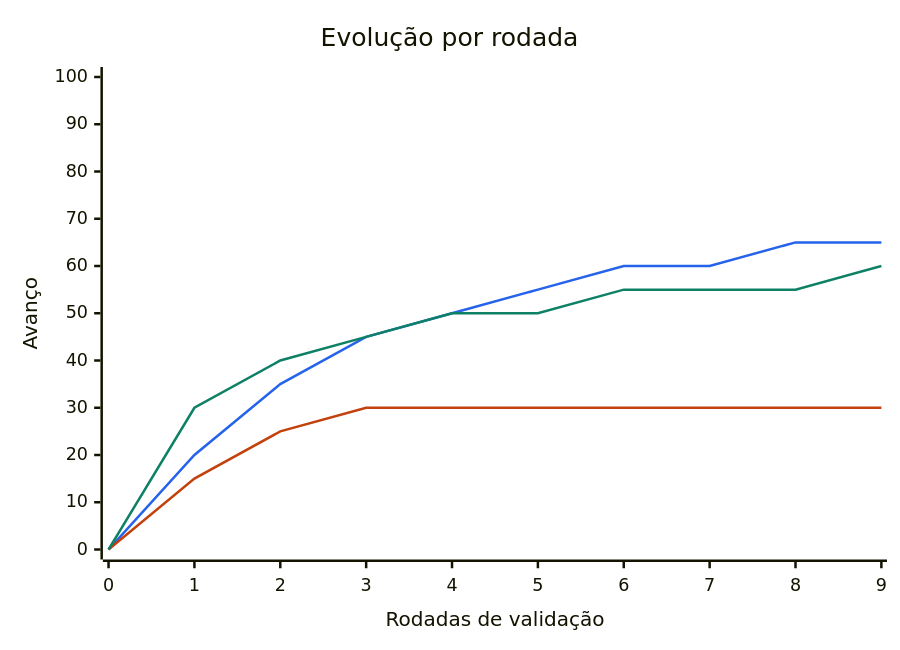
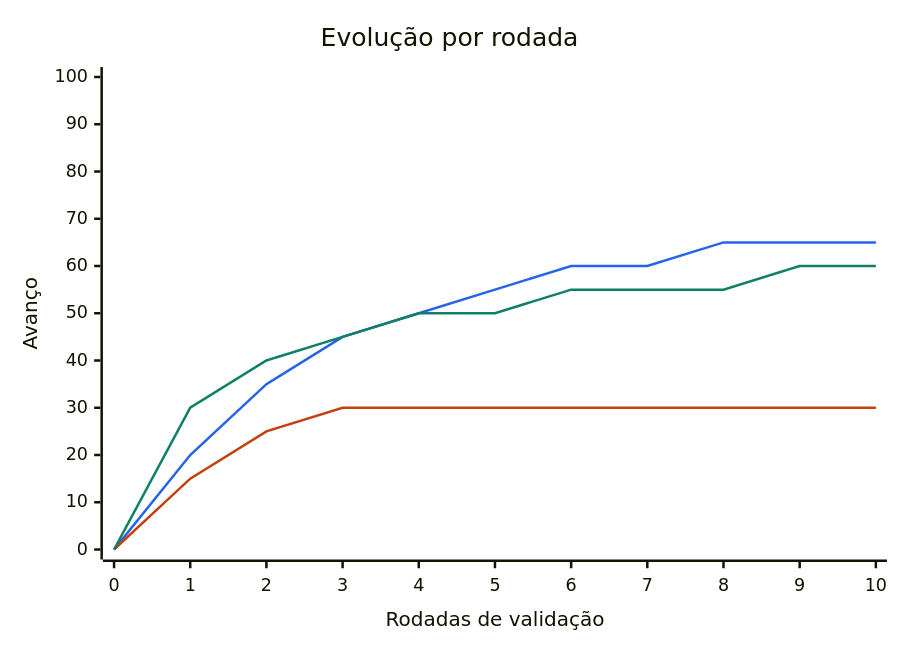
Before and after one commit to thiagozonda1989-stack/simuladorCotacao: the diagram in docs/colaboracao/ACOMPANHAMENTO.md, drawn with Mermaid. The commit also changed other lines of this file, not shown here.

Commit message:
Registra a rodada de Replay da sonda 03 no acompanhamento

````diff
--- a/docs/colaboracao/ACOMPANHAMENTO.md
+++ b/docs/colaboracao/ACOMPANHAMENTO.md
@@ -7,15 +7,15 @@
 ```mermaid
 ---
 config:
   themeVariables:
     xyChart:
       plotColorPalette: "#2563eb,#c2410c,#0e8066"
 ---
 xychart-beta
   title "Evolução por rodada"
-  x-axis "Rodadas de validação" [0, 1, 2, 3, 4, 5, 6, 7, 8, 9]
+  x-axis "Rodadas de validação" [0, 1, 2, 3, 4, 5, 6, 7, 8, 9, 10]
   y-axis "Avanço" 0 --> 100
-  line [0, 20, 35, 45, 50, 55, 60, 60, 65, 65]
-  line [0, 15, 25, 30, 30, 30, 30, 30, 30, 30]
-  line [0, 30, 40, 45, 50, 50, 55, 55, 55, 60]
+  line [0, 20, 35, 45, 50, 55, 60, 60, 65, 65, 65]
+  line [0, 15, 25, 30, 30, 30, 30, 30, 30, 30, 30]
+  line [0, 30, 40, 45, 50, 50, 55, 55, 55, 60, 60]
 ```
````
